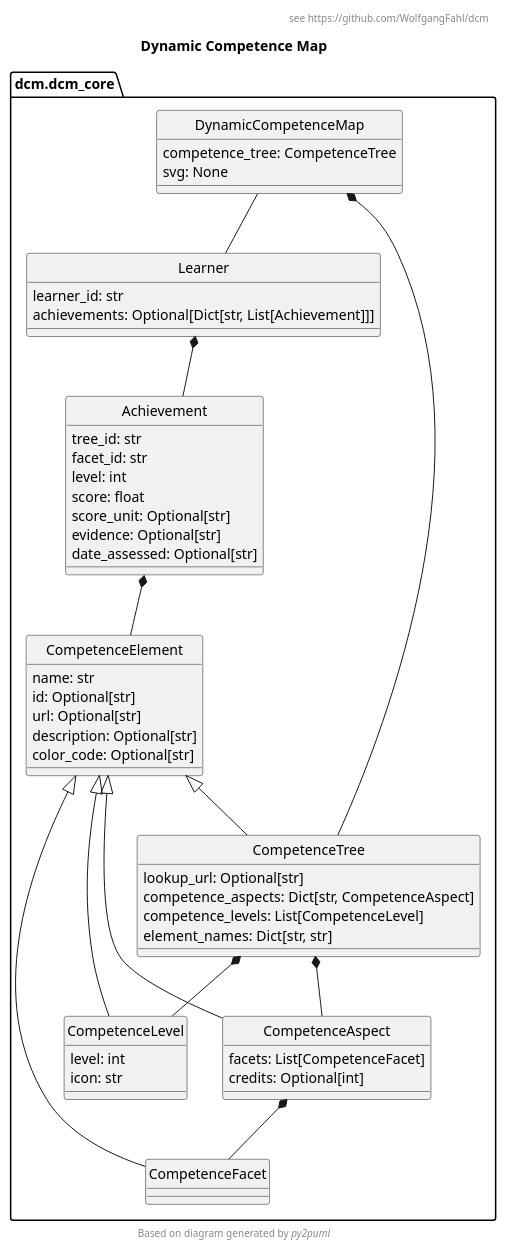
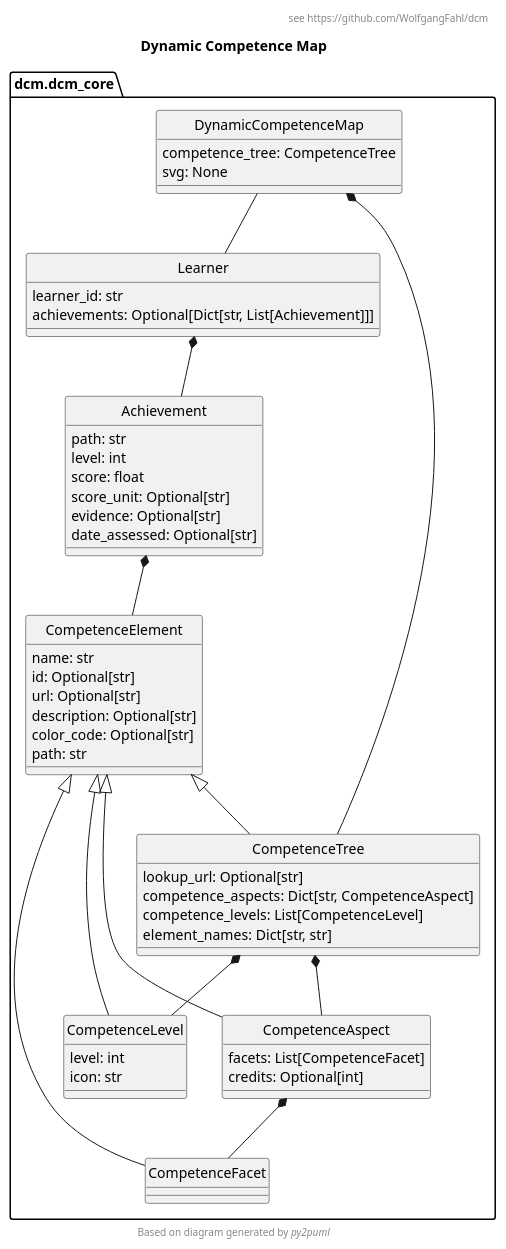
Before and after one commit to WolfgangFahl/dcm: the diagram in dcm.puml, drawn with PlantUML. The commit also changed 1 other file, not shown here.

```diff
--- a/dcm.puml
+++ b/dcm.puml
@@ -1,62 +1,62 @@
 @startuml
 hide circle
 title Dynamic Competence Map
 header see https://github.com/WolfgangFahl/dcm
 !pragma useIntermediatePackages false
 
 
 class dcm.dcm_core.DynamicCompetenceMap {
   competence_tree: CompetenceTree
   svg: None
 }
 class dcm.dcm_core.Achievement {
-  tree_id: str
-  facet_id: str
+  path: str
   level: int
   score: float
   score_unit: Optional[str]
   evidence: Optional[str]
   date_assessed: Optional[str]
 }
 class dcm.dcm_core.CompetenceAspect {
   facets: List[CompetenceFacet]
   credits: Optional[int]
 }
 class dcm.dcm_core.CompetenceElement {
   name: str
   id: Optional[str]
   url: Optional[str]
   description: Optional[str]
   color_code: Optional[str]
+  path: str 
 }
 class dcm.dcm_core.CompetenceFacet {
 }
 class dcm.dcm_core.CompetenceLevel {
   level: int
   icon: str
 }
 class dcm.dcm_core.CompetenceTree {
   lookup_url: Optional[str]
   competence_aspects: Dict[str, CompetenceAspect]
   competence_levels: List[CompetenceLevel]
   element_names: Dict[str, str]
 }
 
 class dcm.dcm_core.Learner {
   learner_id: str
   achievements: Optional[Dict[str, List[Achievement]]]
 }
 
 dcm.dcm_core.DynamicCompetenceMap *-- dcm.dcm_core.CompetenceTree
 dcm.dcm_core.DynamicCompetenceMap -- dcm.dcm_core.Learner
 dcm.dcm_core.CompetenceAspect *-- dcm.dcm_core.CompetenceFacet
 dcm.dcm_core.CompetenceElement <|-- dcm.dcm_core.CompetenceAspect
 dcm.dcm_core.CompetenceElement <|-- dcm.dcm_core.CompetenceFacet
 dcm.dcm_core.CompetenceElement <|-- dcm.dcm_core.CompetenceLevel
 dcm.dcm_core.CompetenceTree *-- dcm.dcm_core.CompetenceAspect
 dcm.dcm_core.CompetenceTree *-- dcm.dcm_core.CompetenceLevel
 dcm.dcm_core.CompetenceElement <|-- dcm.dcm_core.CompetenceTree
 dcm.dcm_core.Learner *-- dcm.dcm_core.Achievement
 dcm.dcm_core.Achievement *-- dcm.dcm_core.CompetenceElement
 footer Based on diagram generated by //py2puml//
 @enduml
```
